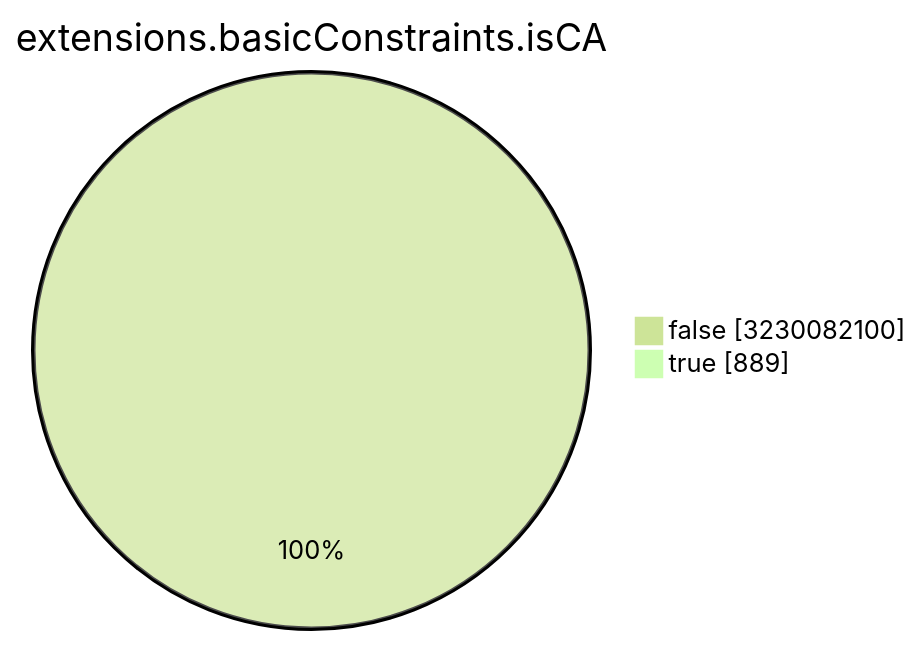
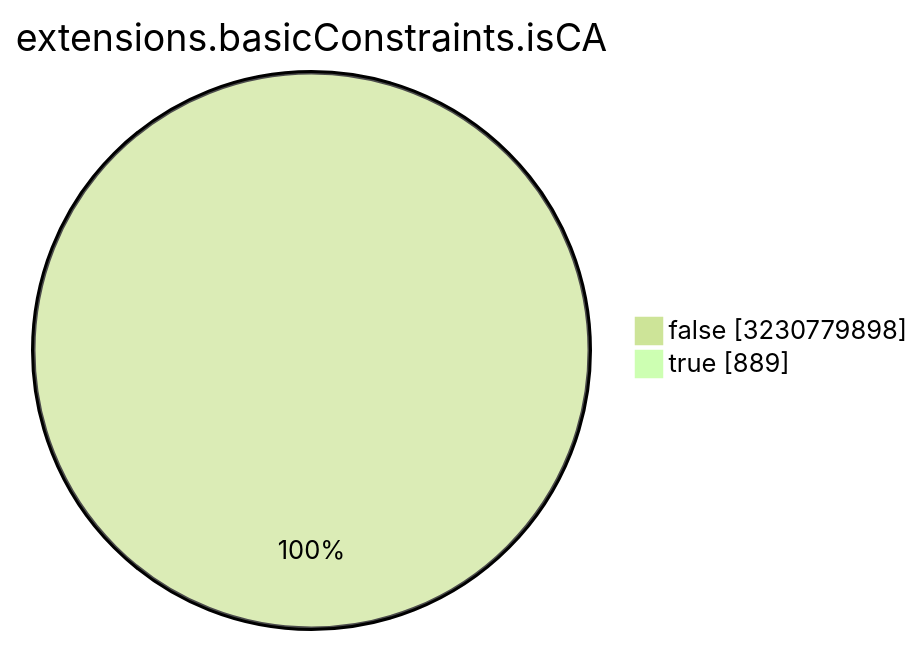
Before and after one commit to christiankrug/ctmonitor_visualization: the seventh of 15 diagrams in TOTAL/README.md, drawn with Mermaid (forest theme). The commit also changed other lines of this file, not shown here.

````diff
--- a/TOTAL/README.md
+++ b/TOTAL/README.md
@@ -3088,6 +3088,6 @@
 ```mermaid
 pie showData
 title extensions.basicConstraints.isCA
-"false" :3230082100
+"false" :3230779898
 "true" :889
 ```
````
